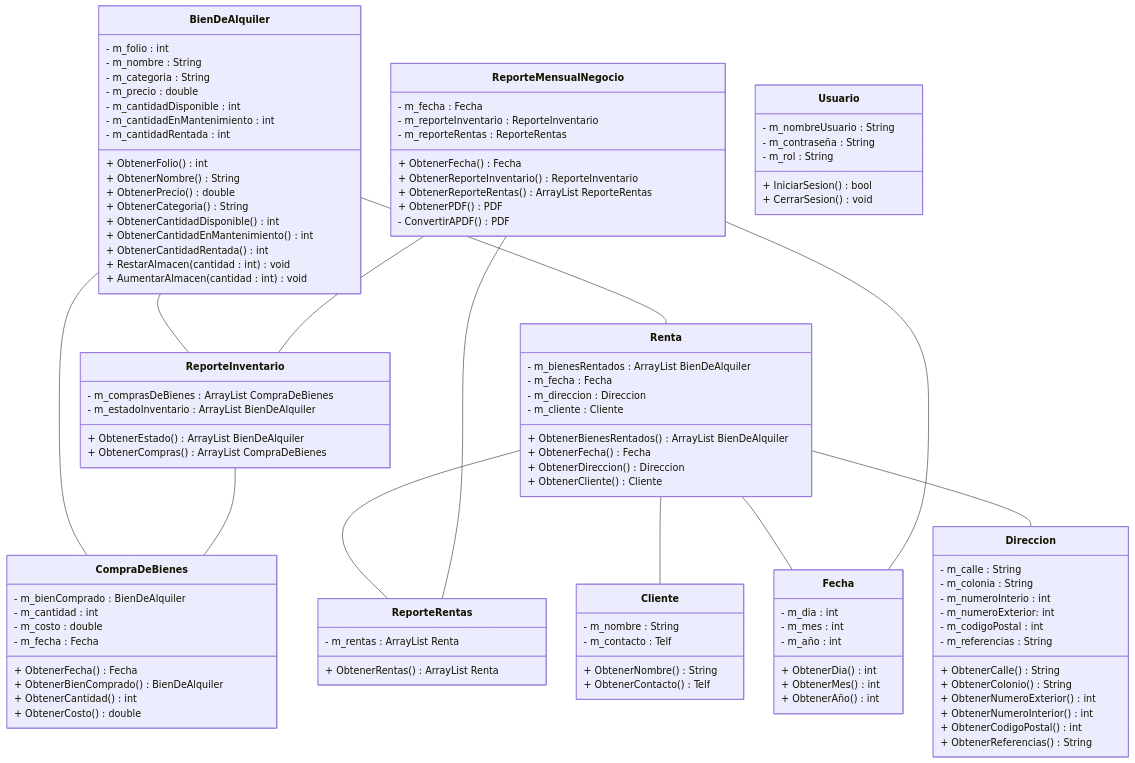
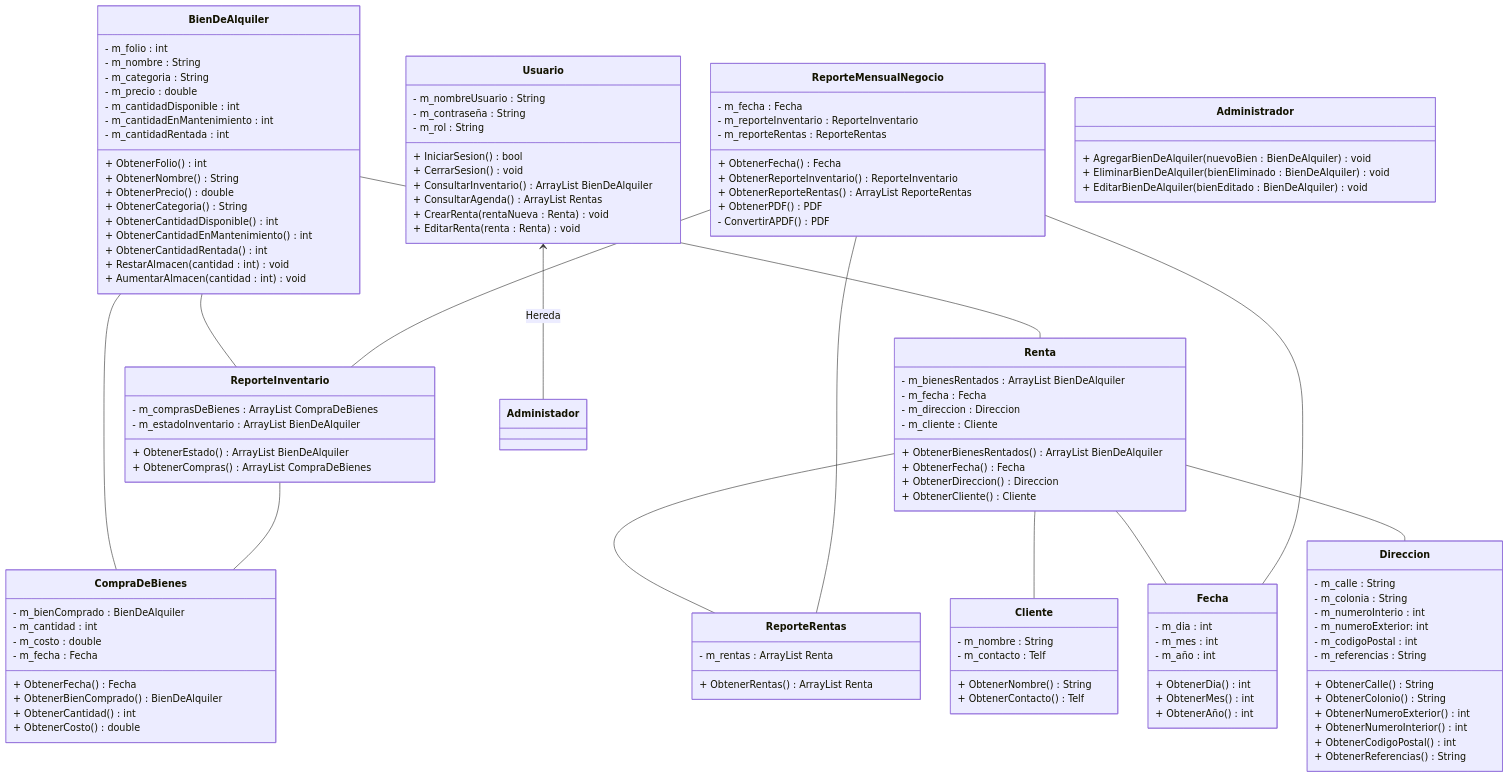
One commit to JuanJoseVargasArvizu/ProyectoPromotoraEventos changed the diagram in Documentacion/Diagramas/DiagramaDeClases.mmd. Above: the diagram before and after it, drawn with Mermaid.

Commit message:
Actualizacion de diagrama de clases, Usuario y Administador

```diff
--- a/Documentacion/Diagramas/DiagramaDeClases.mmd
+++ b/Documentacion/Diagramas/DiagramaDeClases.mmd
@@ -1,119 +1,130 @@
 classDiagram
 
 BienDeAlquiler -- ReporteInventario
 BienDeAlquiler -- CompraDeBienes
 BienDeAlquiler -- Renta
 Renta -- ReporteRentas
 Renta -- Cliente
 Renta -- Fecha
 Renta -- Direccion
 ReporteInventario -- CompraDeBienes
 ReporteMensualNegocio -- ReporteInventario
 ReporteMensualNegocio -- ReporteRentas
 ReporteMensualNegocio -- Fecha
+Usuario <-- Administador :Hereda
 
 
 class BienDeAlquiler{
     - m_folio : int   
     - m_nombre : String
     - m_categoria : String
     - m_precio : double
     - m_cantidadDisponible : int
     - m_cantidadEnMantenimiento : int
     - m_cantidadRentada : int
 
     + ObtenerFolio() int
     + ObtenerNombre() String
     + ObtenerPrecio() double
     + ObtenerCategoria() String
     + ObtenerCantidadDisponible() int
     + ObtenerCantidadEnMantenimiento() int
     + ObtenerCantidadRentada() int
     + RestarAlmacen(cantidad : int) void
     + AumentarAlmacen(cantidad : int) void
 }
 
 class CompraDeBienes{
     - m_bienComprado : BienDeAlquiler
     - m_cantidad : int
     - m_costo : double
     - m_fecha : Fecha
     + ObtenerFecha() Fecha
     + ObtenerBienComprado() BienDeAlquiler 
     + ObtenerCantidad() int
     + ObtenerCosto() double
 }
 
 class ReporteMensualNegocio{
     - m_fecha : Fecha
     - m_reporteInventario : ReporteInventario
     - m_reporteRentas : ReporteRentas
     + ObtenerFecha() Fecha
     + ObtenerReporteInventario() ReporteInventario
     + ObtenerReporteRentas() ArrayList ReporteRentas
     + ObtenerPDF() PDF
     - ConvertirAPDF() PDF
 
 }
 
 class ReporteInventario{
     - m_comprasDeBienes : ArrayList CompraDeBienes
     - m_estadoInventario : ArrayList BienDeAlquiler
     + ObtenerEstado() ArrayList BienDeAlquiler
     + ObtenerCompras() ArrayList CompraDeBienes
 }
 
 class ReporteRentas{
     - m_rentas : ArrayList Renta
     + ObtenerRentas() ArrayList Renta
 }
 
 class Renta{
     - m_bienesRentados : ArrayList BienDeAlquiler
     - m_fecha : Fecha
     - m_direccion : Direccion
     - m_cliente : Cliente
     + ObtenerBienesRentados() ArrayList BienDeAlquiler
     + ObtenerFecha() Fecha
     + ObtenerDireccion() Direccion
     + ObtenerCliente() Cliente
 }
 
 class Cliente{
     - m_nombre : String
     - m_contacto : Telf
     + ObtenerNombre() String
     + ObtenerContacto() Telf
 }
 
 class Fecha{
     - m_dia : int
     - m_mes : int
     - m_año : int
     + ObtenerDia() int
     + ObtenerMes() int
     + ObtenerAño() int
 }
 
 class Direccion{
     - m_calle : String
     - m_colonia : String
     - m_numeroInterio : int
     - m_numeroExterior: int
     - m_codigoPostal : int
     - m_referencias : String
     + ObtenerCalle() String
     + ObtenerColonio() String
     + ObtenerNumeroExterior() int
     + ObtenerNumeroInterior() int
     + ObtenerCodigoPostal() int
     + ObtenerReferencias() String
 }
 
 class Usuario {
     - m_nombreUsuario : String
     - m_contraseña : String
     - m_rol : String
     + IniciarSesion() bool
     + CerrarSesion() void
+    + ConsultarInventario() ArrayList BienDeAlquiler
+    + ConsultarAgenda() ArrayList Rentas
+    + CrearRenta(rentaNueva : Renta) void
+    + EditarRenta(renta : Renta) void
 }
+
+class Administrador {
+    + AgregarBienDeAlquiler(nuevoBien : BienDeAlquiler) void
+    + EliminarBienDeAlquiler(bienEliminado : BienDeAlquiler) void
+    + EditarBienDeAlquiler(bienEditado : BienDeAlquiler) void
+}
```
